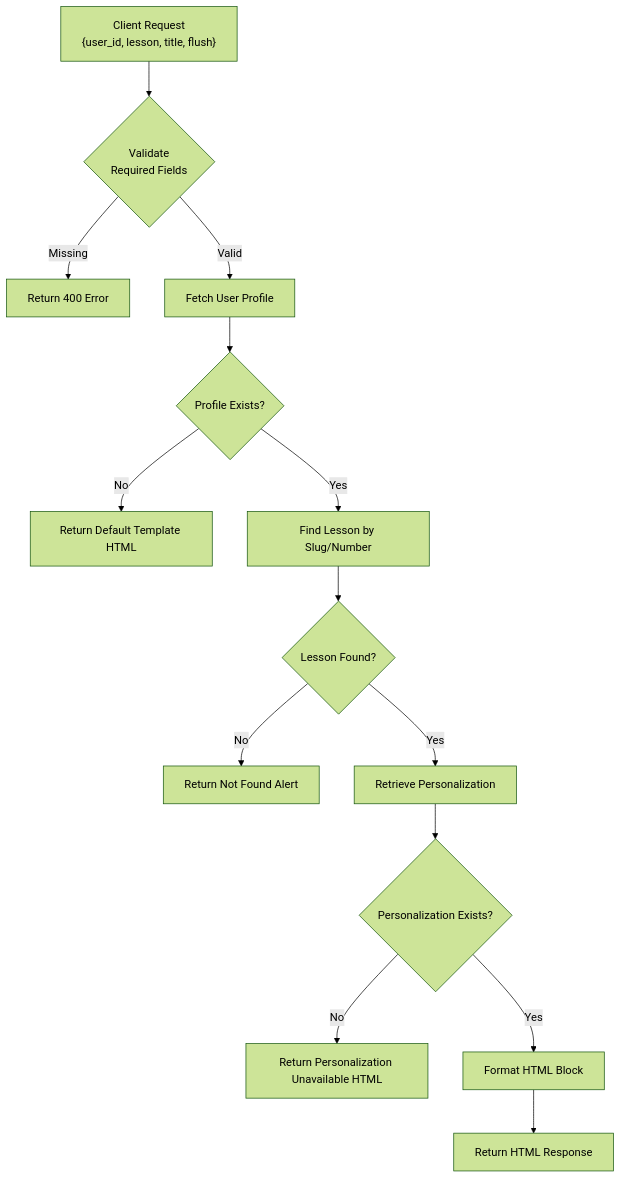
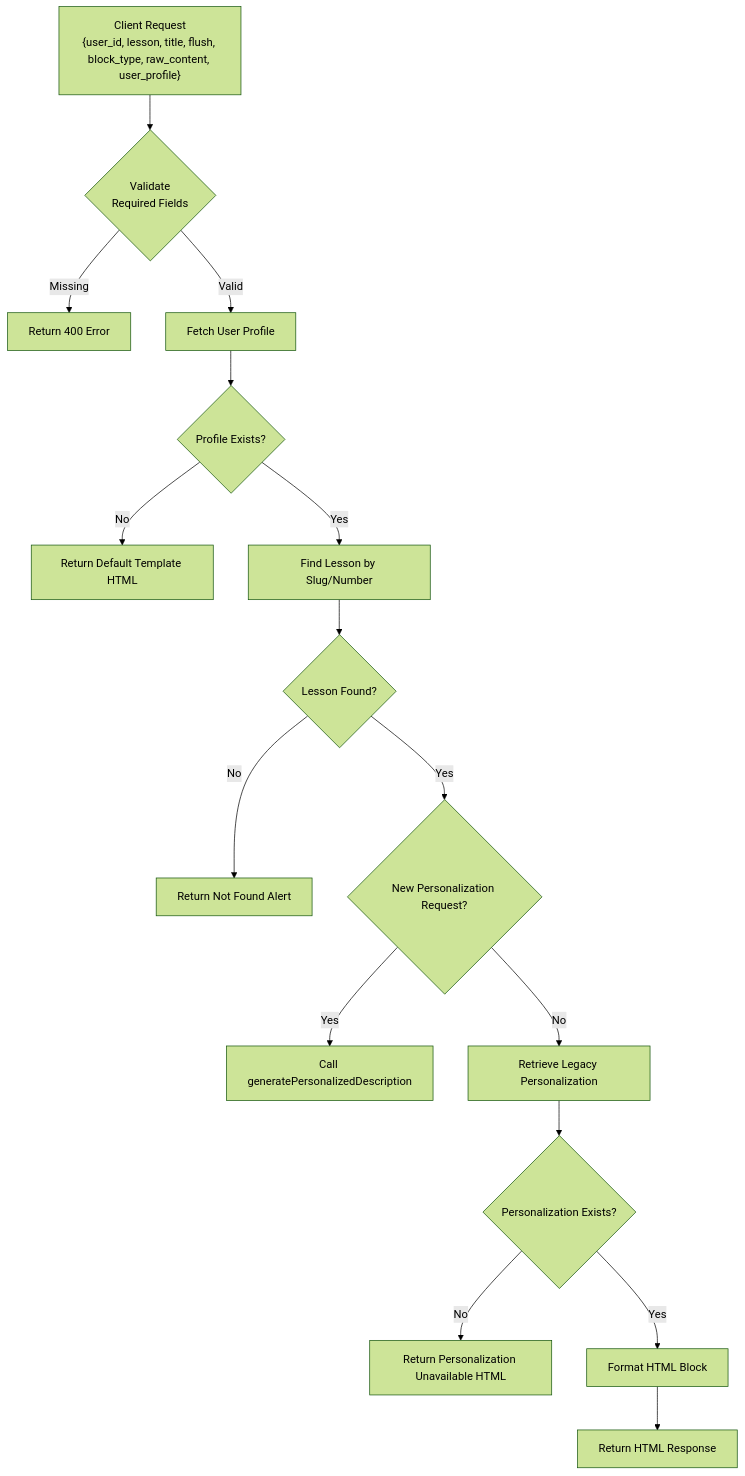
One commit to lommaks777/pesonalisev2 changed the first of 5 diagrams in .qoder/repowiki/en/content/API Reference/POST _api_persona_block.md. Above: the diagram before and after it, drawn with Mermaid (forest theme). The commit also changed other lines of this file and 42 other files, not shown here.

````diff
--- a/.qoder/repowiki/en/content/API Reference/POST _api_persona_block.md
+++ b/.qoder/repowiki/en/content/API Reference/POST _api_persona_block.md
@@ -50,16 +56,18 @@
 ```mermaid
 flowchart TD
-A["Client Request\n{user_id, lesson, title, flush}"] --> B{Validate\nRequired Fields}
+A["Client Request\n{user_id, lesson, title, flush, block_type, raw_content, user_profile}"] --> B{Validate\nRequired Fields}
 B --> |Missing| C[Return 400 Error]
 B --> |Valid| D[Fetch User Profile]
 D --> E{Profile Exists?}
 E --> |No| F[Return Default Template HTML]
 E --> |Yes| G[Find Lesson by Slug/Number]
 G --> H{Lesson Found?}
 H --> |No| I[Return Not Found Alert]
-H --> |Yes| J[Retrieve Personalization]
-J --> K{Personalization Exists?}
-K --> |No| L[Return Personalization Unavailable HTML]
-K --> |Yes| M[Format HTML Block]
-M --> N[Return HTML Response]
+H --> |Yes| J{New Personalization Request?}
+J --> |Yes| K[Call generatePersonalizedDescription]
+J --> |No| L[Retrieve Legacy Personalization]
+L --> M{Personalization Exists?}
+M --> |No| N[Return Personalization Unavailable HTML]
+M --> |Yes| O[Format HTML Block]
+O --> P[Return HTML Response]
 ```
````
